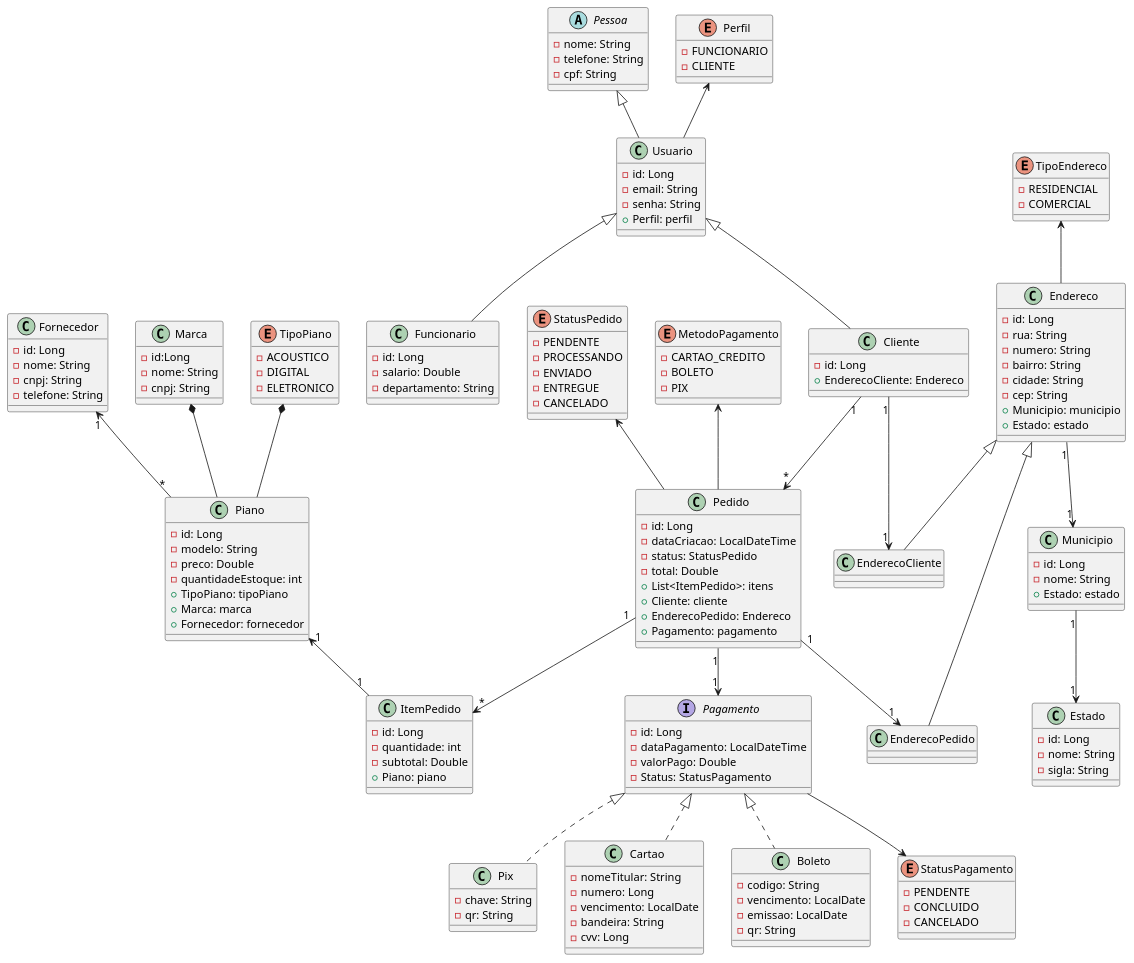
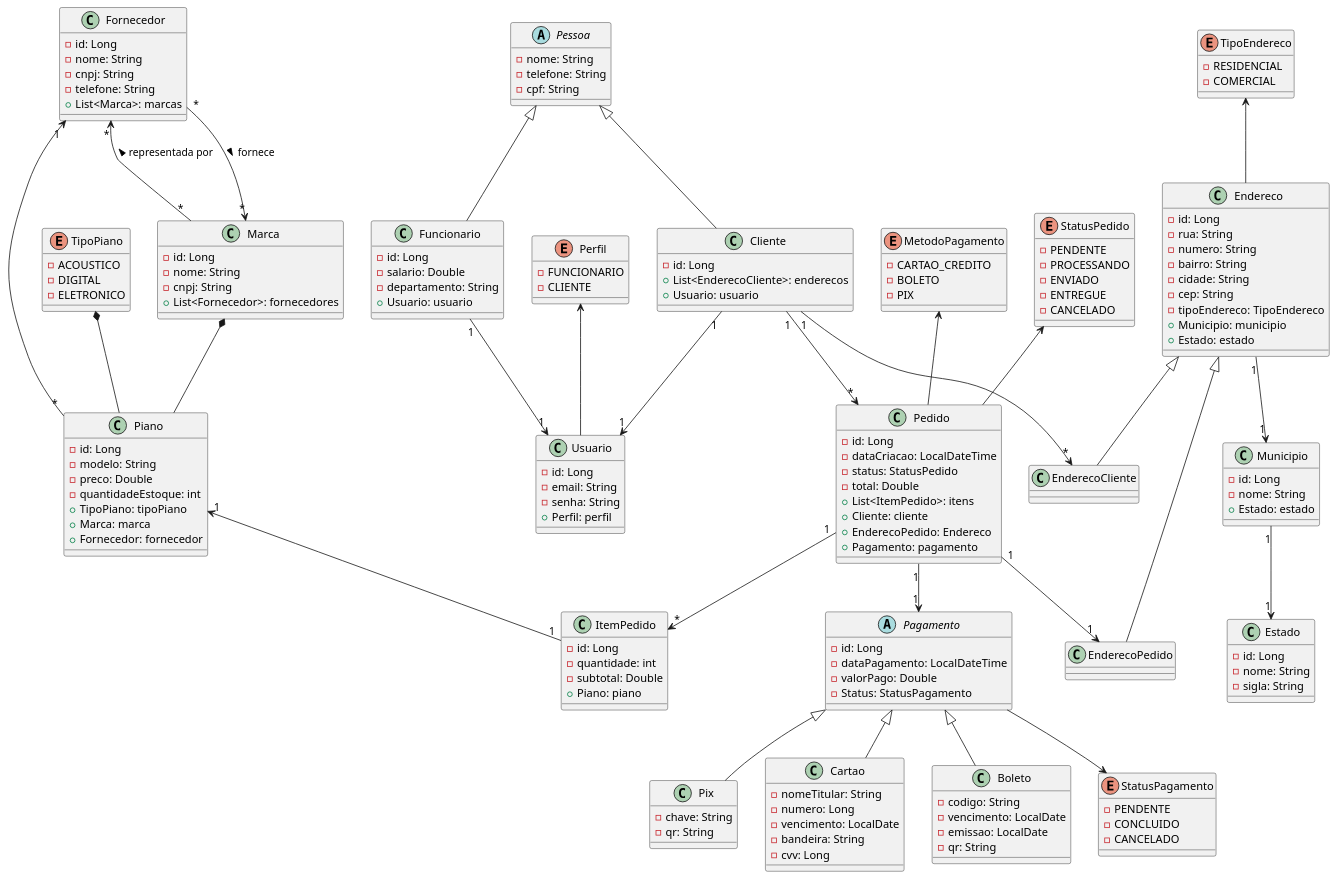
The diagram in Diagrama.plantuml (VictorDepX/ecommerce-pianos), drawn with PlantUML before and after one commit.

```diff
--- a/Diagrama.plantuml
+++ b/Diagrama.plantuml
@@ -1,172 +1,181 @@
 @startuml
-Abstract class Pessoa {
+abstract class Pessoa {
   - nome: String
   - telefone: String
   - cpf: String
 }
 
-class Usuario extends Pessoa {
+class Usuario {
   - id: Long
   - email: String
   - senha: String
   + Perfil: perfil
 }
 
-class Funcionario extends Usuario {
+class Funcionario extends Pessoa {
   - id: Long
   - salario: Double
   - departamento: String
+  + Usuario: usuario
 }
 
-class Cliente extends Usuario {
+class Cliente extends Pessoa {
   - id: Long
-  + EnderecoCliente: Endereco
+  + List<EnderecoCliente>: enderecos
+  + Usuario: usuario
 }
 
 class Fornecedor {
   - id: Long
   - nome: String
   - cnpj: String
   - telefone: String
+  + List<Marca>: marcas
+}
+
+class Marca {
+  - id: Long
+  - nome: String
+  - cnpj: String
+  + List<Fornecedor>: fornecedores
 }
 
 class Piano {
   - id: Long
   - modelo: String
   - preco: Double
   - quantidadeEstoque: int
   + TipoPiano: tipoPiano
   + Marca: marca
   + Fornecedor: fornecedor
-}
-
-class Marca {
-  - id:Long
-  - nome: String
-  - cnpj: String
 }
 
 class Pedido {
   - id: Long
   - dataCriacao: LocalDateTime
   - status: StatusPedido
   - total: Double
   + List<ItemPedido>: itens
   + Cliente: cliente
   + EnderecoPedido: Endereco
   + Pagamento: pagamento
 }
 
 class ItemPedido {
   - id: Long
   - quantidade: int
   - subtotal: Double
   + Piano: piano
 }
 
-interface Pagamento {
+abstract class Pagamento {
   - id: Long
   - dataPagamento: LocalDateTime
   - valorPago: Double
   - Status: StatusPagamento 
 }
 
-class Pix implements Pagamento {
+class Pix extends Pagamento {
   - chave: String
   - qr: String
 }
 
-class Cartao implements Pagamento {
+class Cartao extends Pagamento {
   - nomeTitular: String
   - numero: Long
   - vencimento: LocalDate
   - bandeira: String
   - cvv: Long
 }
 
-class Boleto implements Pagamento {
+class Boleto extends Pagamento {
   - codigo: String
   - vencimento: LocalDate
   - emissao: LocalDate
   - qr: String
 }
 
 class Endereco {
   - id: Long
   - rua: String
   - numero: String
   - bairro: String
   - cidade: String
   - cep: String
+  - tipoEndereco: TipoEndereco
   + Municipio: municipio
   + Estado: estado
 }
 
 class Municipio {
   - id: Long
   - nome: String
   + Estado: estado
 }
 
-class Estado{
+class Estado {
   - id: Long
   - nome: String
   - sigla: String
 }
 
 class EnderecoPedido extends Endereco {}
 class EnderecoCliente extends Endereco {}
 
 enum TipoPiano {
   - ACOUSTICO
   - DIGITAL
   - ELETRONICO
 }
 
 enum StatusPedido {
   - PENDENTE
   - PROCESSANDO
   - ENVIADO
   - ENTREGUE
   - CANCELADO
 }
 
 enum TipoEndereco {
   - RESIDENCIAL
   - COMERCIAL
 }
 
 enum MetodoPagamento {
   - CARTAO_CREDITO
   - BOLETO
   - PIX
 }
 
 enum StatusPagamento {
   - PENDENTE
   - CONCLUIDO
   - CANCELADO
 }
 
 enum Perfil {
   - FUNCIONARIO
   - CLIENTE
 }
 
 Cliente "1" --> "*" Pedido
 Pedido "1" --> "*" ItemPedido
 ItemPedido "1" -up-> "1" Piano
 Pedido "1" --> "1" EnderecoPedido
-Cliente "1" --> "1" EnderecoCliente
 Pedido "1" --> "1" Pagamento
 StatusPedido <-- Pedido
+Fornecedor "*" --> "*" Marca : fornece >
+Marca "*" --> "*" Fornecedor : representada por >
 Fornecedor "1" <-- "*" Piano
 Endereco "1" --> "1" Municipio
 TipoEndereco <-- Endereco
 Municipio "1" --> "1" Estado
 MetodoPagamento <-- Pedido
 StatusPagamento <-up- Pagamento
 TipoPiano *-- Piano
 Perfil <-- Usuario
 Marca *-- Piano
+Cliente "1" --> "*" EnderecoCliente
+Cliente "1" --> "1" Usuario
+Funcionario "1" --> "1" Usuario
 @enduml
```
